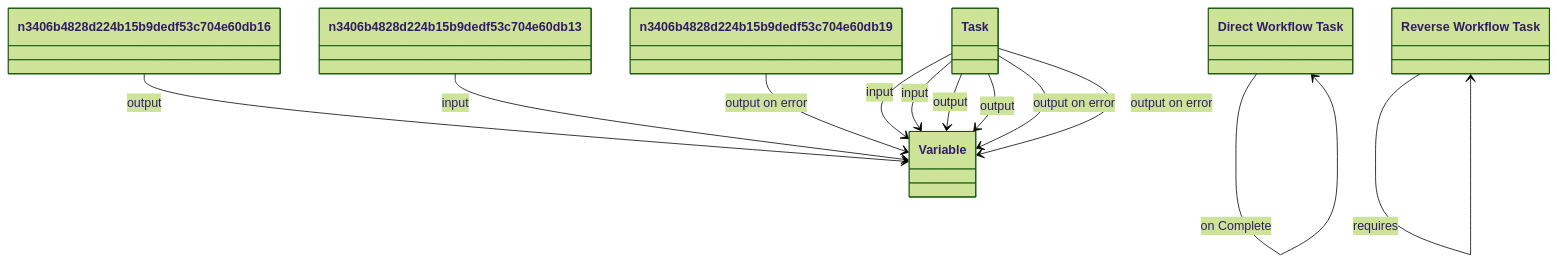
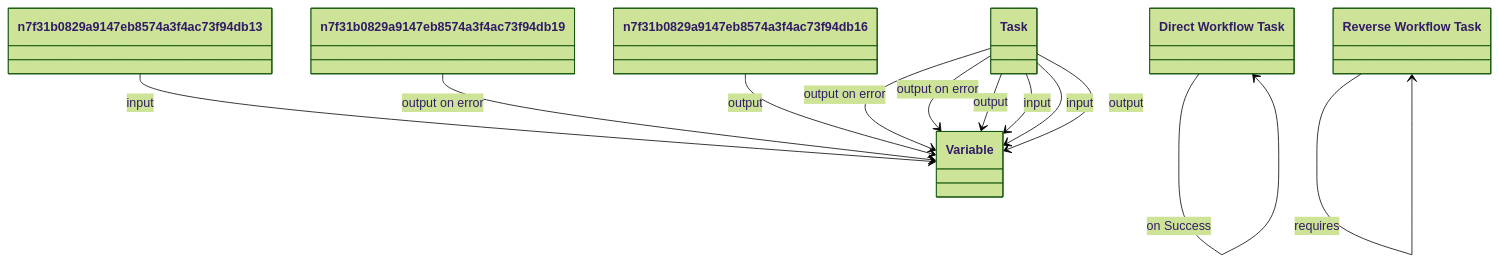
The diagram in output/ieswc_freq/workflow.ttl-freq-7-0-hard.md (oeg-upm/Devos), drawn with Mermaid (forest theme) before and after one commit. The commit also changed 267 other files, not shown here.

````diff
--- a/output/ieswc_freq/workflow.ttl-freq-7-0-hard.md
+++ b/output/ieswc_freq/workflow.ttl-freq-7-0-hard.md
@@ -1,77 +1,77 @@
 ```mermaid
 	classDiagram
 
     
     class `Direct Workflow Task` {
     
     }
 
     class `Variable` {
     
     }
 
     class `Reverse Workflow Task` {
     
     }
 
     class `Task` {
     
     }
 
-    class `n3406b4828d224b15b9dedf53c704e60db13` {
+    class `n7f31b0829a9147eb8574a3f4ac73f94db13` {
     
     }
 
-    class `n3406b4828d224b15b9dedf53c704e60db16` {
+    class `n7f31b0829a9147eb8574a3f4ac73f94db16` {
     
     }
 
-    class `n3406b4828d224b15b9dedf53c704e60db19` {
+    class `n7f31b0829a9147eb8574a3f4ac73f94db19` {
     
     }
 
 
 
-`n3406b4828d224b15b9dedf53c704e60db16`  --> `Variable`   :output  
-
-`n3406b4828d224b15b9dedf53c704e60db13`  --> `Variable`   :input  
-
-`Direct Workflow Task`  --> `Direct Workflow Task`   :on Success  
-
-`n3406b4828d224b15b9dedf53c704e60db19`  --> `Variable`   :output on error  
+`n7f31b0829a9147eb8574a3f4ac73f94db13`  --> `Variable`   :input  
 
 `Reverse Workflow Task`  --> `Reverse Workflow Task`   :requires  
 
-`Direct Workflow Task`  --> `Direct Workflow Task`   :on Error  
+`n7f31b0829a9147eb8574a3f4ac73f94db19`  --> `Variable`   :output on error  
 
 `Direct Workflow Task`  --> `Direct Workflow Task`   :on Complete  
 
 `Direct Workflow Task`  --> `Direct Workflow Task`   :on Error  
 
-`Task`  --> `Variable`   :input  
+`n7f31b0829a9147eb8574a3f4ac73f94db16`  --> `Variable`   :output  
 
-`Task`  --> `Variable`   :input  
+`Direct Workflow Task`  --> `Direct Workflow Task`   :on Success  
 
 `Direct Workflow Task`  --> `Direct Workflow Task`   :on Complete  
 
-`Task`  --> `Variable`   :output  
+`Direct Workflow Task`  --> `Direct Workflow Task`   :on Complete  
 
-`Task`  --> `Variable`   :output  
+`Direct Workflow Task`  --> `Direct Workflow Task`   :on Error  
 
-`Task`  --> `Variable`   :output on error  
+`Direct Workflow Task`  --> `Direct Workflow Task`   :on Error  
 
 `Direct Workflow Task`  --> `Direct Workflow Task`   :on Success  
 
 `Direct Workflow Task`  --> `Direct Workflow Task`   :on Success  
 
 `Task`  --> `Variable`   :output on error  
 
-`Reverse Workflow Task`  --> `Reverse Workflow Task`   :requires  
-
-`Direct Workflow Task`  --> `Direct Workflow Task`   :on Error  
+`Task`  --> `Variable`   :output on error  
 
 `Reverse Workflow Task`  --> `Reverse Workflow Task`   :requires  
 
-`Direct Workflow Task`  --> `Direct Workflow Task`   :on Complete  
+`Reverse Workflow Task`  --> `Reverse Workflow Task`   :requires  
+
+`Task`  --> `Variable`   :output  
+
+`Task`  --> `Variable`   :input  
+
+`Task`  --> `Variable`   :input  
+
+`Task`  --> `Variable`   :output  
 
 ```
````
